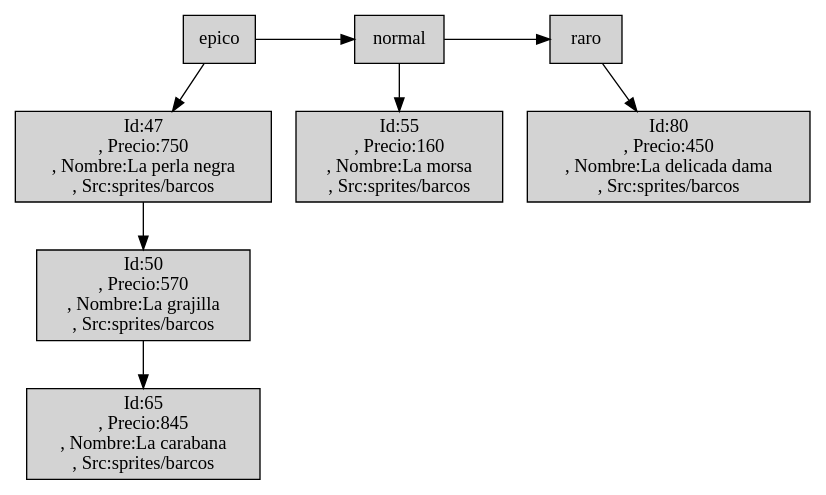
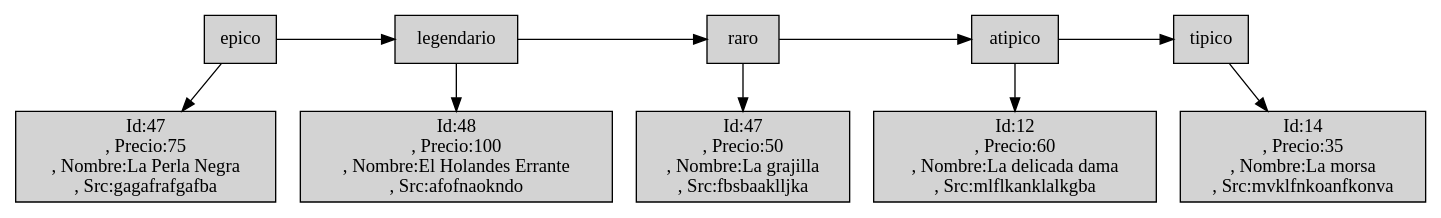
Before and after one commit to Desconocido502/-EDD_2S-BatallaNaval_201902502: the diagram in Articles.dot, drawn with Graphviz. The commit also changed 10 other files, not shown here.

```diff
--- a/Articles.dot
+++ b/Articles.dot
@@ -1,16 +1,20 @@
 digraph G { 
 "0epico"[shape=box, rankdir=UD, style=filled, label="epico", pos="0,-0!"];
-"0Node47_0"[shape=box, rankdir=LR, style=filled, label="Id:47\n, Precio:750\n, Nombre:La perla negra\n, Src:sprites/barcos", pos="0,-0!"];
-"0Node50_1"[shape=box, rankdir=LR, style=filled, label="Id:50\n, Precio:570\n, Nombre:La grajilla\n, Src:sprites/barcos", pos="1,-0!"];
-"0Node65_2"[shape=box, rankdir=LR, style=filled, label="Id:65\n, Precio:845\n, Nombre:La carabana\n, Src:sprites/barcos", pos="2,-0!"];
-"0normal"[shape=box, rankdir=UD, style=filled, label="normal", pos="0,-1!"];
-"1Node55_0"[shape=box, rankdir=LR, style=filled, label="Id:55\n, Precio:160\n, Nombre:La morsa\n, Src:sprites/barcos", pos="0,-1!"];
+"0Node47_0"[shape=box, rankdir=LR, style=filled, label="Id:47\n, Precio:75\n, Nombre:La Perla Negra\n, Src:gagafrafgafba", pos="0,-0!"];
+"0legendario"[shape=box, rankdir=UD, style=filled, label="legendario", pos="0,-1!"];
+"1Node48_0"[shape=box, rankdir=LR, style=filled, label="Id:48\n, Precio:100\n, Nombre:El Holandes Errante\n, Src:afofnaokndo", pos="0,-1!"];
 "0raro"[shape=box, rankdir=UD, style=filled, label="raro", pos="0,-2!"];
-"2Node80_0"[shape=box, rankdir=LR, style=filled, label="Id:80\n, Precio:450\n, Nombre:La delicada dama\n, Src:sprites/barcos", pos="0,-2!"];
-"0epico"->"0normal"->"0raro"
-"0epico"->"0Node47_0"->"0Node50_1"->"0Node65_2"
-"0normal"->"1Node55_0"
-"0raro"->"2Node80_0"
+"2Node47_0"[shape=box, rankdir=LR, style=filled, label="Id:47\n, Precio:50\n, Nombre:La grajilla\n, Src:fbsbaaklljka", pos="0,-2!"];
+"0atipico"[shape=box, rankdir=UD, style=filled, label="atipico", pos="0,-3!"];
+"3Node12_0"[shape=box, rankdir=LR, style=filled, label="Id:12\n, Precio:60\n, Nombre:La delicada dama\n, Src:mlflkanklalkgba", pos="0,-3!"];
+"0tipico"[shape=box, rankdir=UD, style=filled, label="tipico", pos="0,-4!"];
+"4Node14_0"[shape=box, rankdir=LR, style=filled, label="Id:14\n, Precio:35\n, Nombre:La morsa\n, Src:mvklfnkoanfkonva", pos="0,-4!"];
+"0epico"->"0legendario"->"0raro"->"0atipico"->"0tipico"
+"0epico"->"0Node47_0"
+"0legendario"->"1Node48_0"
+"0raro"->"2Node47_0"
+"0atipico"->"3Node12_0"
+"0tipico"->"4Node14_0"
 
-{rank=same;"0epico","0normal","0raro"};
+{rank=same;"0epico","0legendario","0raro","0atipico","0tipico"};
 }
```
